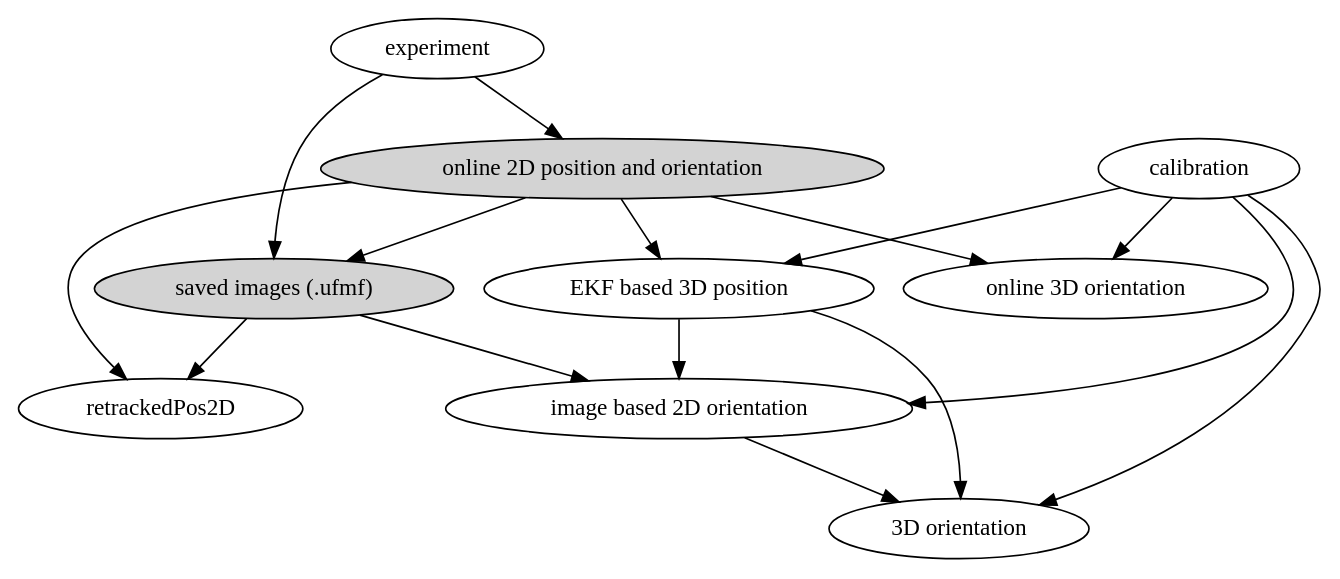
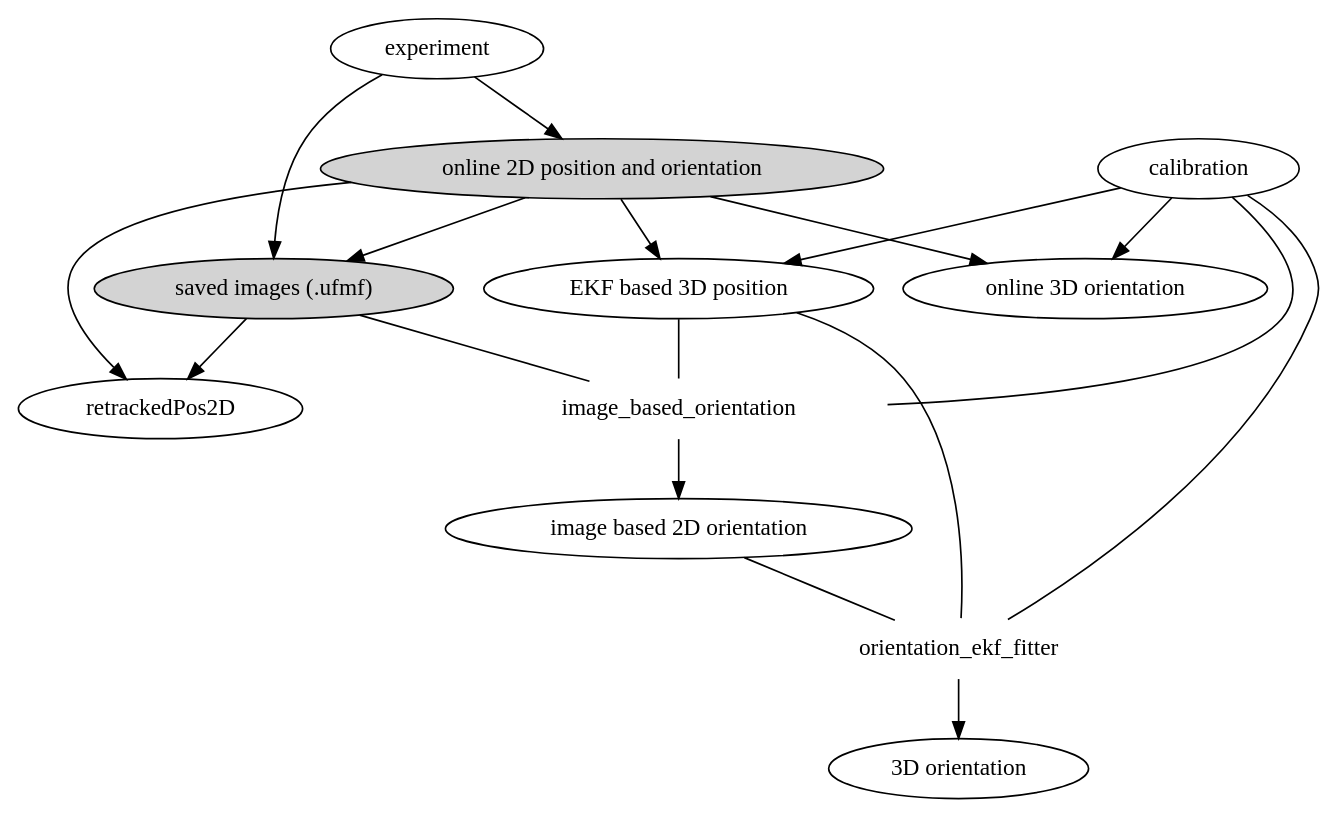
Before and after one commit to strawlab/flydra: the diagram in flydra-sphinx-docs/orientation_data.rst, drawn with Graphviz.

Commit message:
improve data flow documentation

```diff
--- a/flydra-sphinx-docs/orientation_data.rst
+++ b/flydra-sphinx-docs/orientation_data.rst
@@ -6,28 +6,33 @@
 .. graphviz::
 
   strict digraph {
     animals -> onlinePosOri2D;
     animals -> ufmfs;
-    onlinePosOri2D -> ufmfs -> imageOri2D -> Ori3D;
+    onlinePosOri2D -> ufmfs;
+    ufmfs -> IBO [ arrowhead="none"];
+    imageOri2D -> OEF [ arrowhead="none"];
     onlinePosOri2D -> retrackedPos2D;
     ufmfs -> retrackedPos2D;
     onlinePosOri2D -> ekfPos3D;
     calib -> onlineOri3D;
-    calib -> Ori3D;
+    calib -> OEF [ arrowhead="none"];
     calib -> ekfPos3D;
-    calib -> imageOri2D;
-    ekfPos3D -> Ori3D;
-    ekfPos3D -> Ori3D;
-    ekfPos3D -> imageOri2D;
+    calib -> IBO [ arrowhead="none"];
+    ekfPos3D -> OEF [ arrowhead="none"];
+    OEF -> Ori3D;
+    ekfPos3D -> IBO [ arrowhead="none"];
+    IBO -> imageOri2D;
     onlinePosOri2D -> onlineOri3D;
 
     animals [label="experiment"];
     //    onlinePos2D [label="online 2D position estimation"];
     ufmfs [label="saved images (.ufmf)",style=filled];
     imageOri2D [label="image based 2D orientation"];
+    IBO [ label = "image_based_orientation", style=filled,color=white ];
+    OEF [ label = "orientation_ekf_fitter", style=filled,color=white ];
     Ori3D [label="3D orientation"];
     calib [label="calibration"];
     ekfPos3D [label="EKF based 3D position"];
     onlineOri3D [label="online 3D orientation"];
     onlinePosOri2D [label="online 2D position and orientation",style=filled];
-  } 
+  }
```
